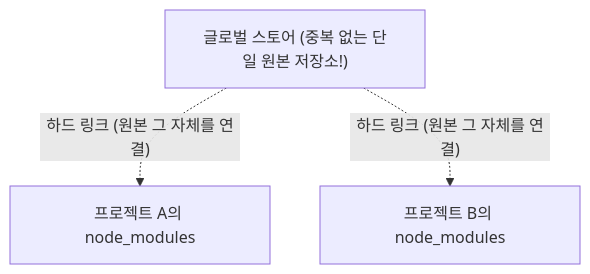
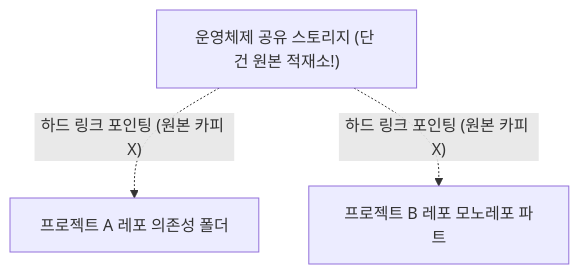
Before and after one commit to eatdu0918/dev_blog: the diagram in src/posts/package-managers.md, drawn with Mermaid. The commit also changed other lines of this file and 24 other files, not shown here.

````diff
--- a/src/posts/package-managers.md
+++ b/src/posts/package-managers.md
@@ -38,10 +36,10 @@
 ```mermaid
 graph TD
-    Store["글로벌 스토어 (중복 없는 단일 원본 저장소!)"]
-    ProjectA["프로젝트 A의 node_modules"]
-    ProjectB["프로젝트 B의 node_modules"]
+    Store["운영체제 공유 스토리지 (단 건 원본 적재소!)"]
+    ProjectA["프로젝트 A 레포 의존성 폴더"]
+    ProjectB["프로젝트 B 레포 모노레포 파트"]
     
-    %% 하드링크 연결
-    Store -.->|"하드 링크 (원본 그 자체를 연결)"| ProjectA
-    Store -.->|"하드 링크 (원본 그 자체를 연결)"| ProjectB
+    %% 실제 복사가 아닌 주소 참조 하드링크 연결
+    Store -.->|"하드 링크 포인팅 (원본 카피 X)"| ProjectA
+    Store -.->|"하드 링크 포인팅 (원본 카피 X)"| ProjectB
 ```
````
